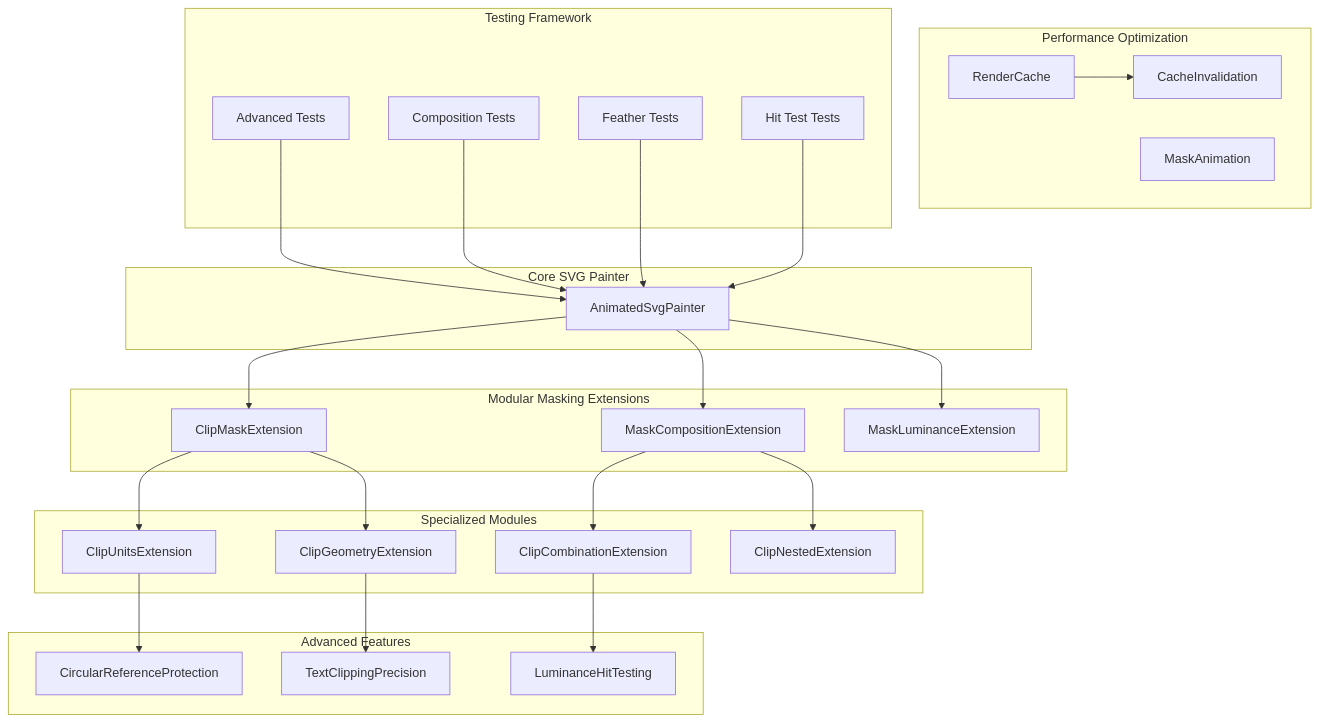
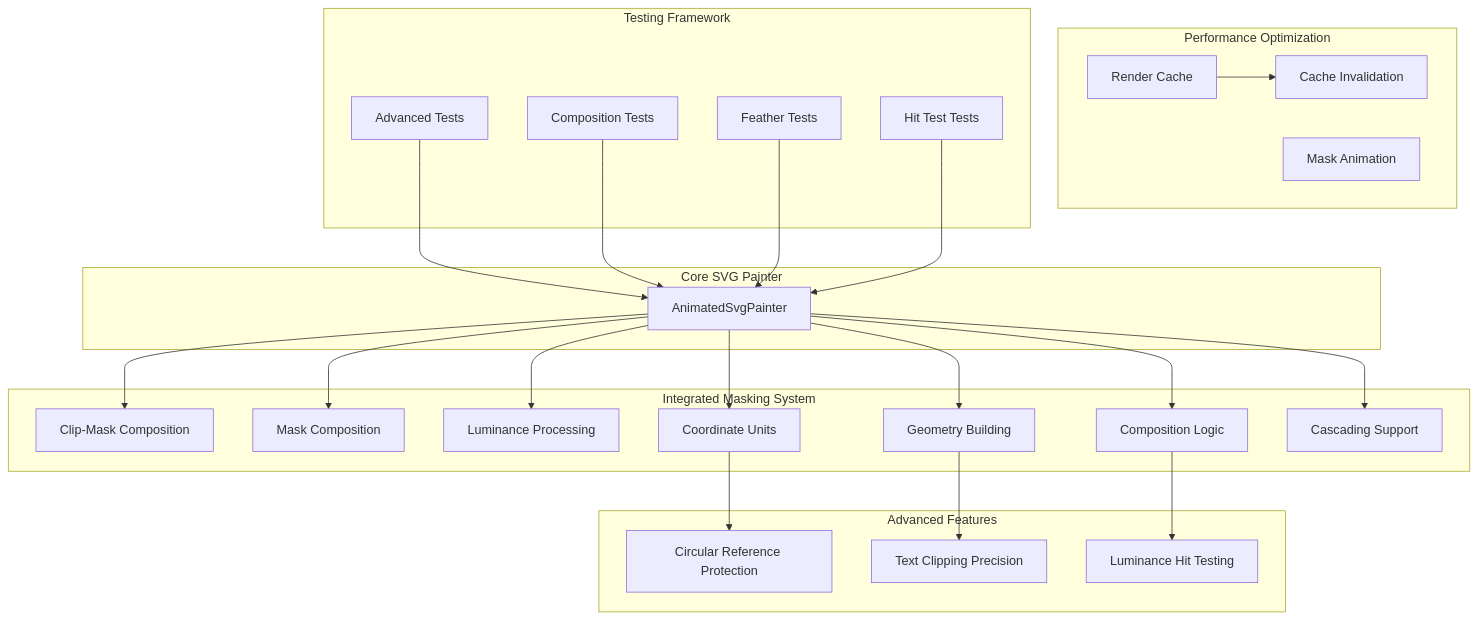
One commit to denisnadey/flutter_full_svg_support changed the first of 10 diagrams in .qoder/repowiki/en/content/Animated SVG Support/Advanced Animation Features/SVG Filters and Effects/Advanced Clipping and Masking System.md. Above: the diagram before and after it, drawn with Mermaid. The commit also changed other lines of this file and 498 other files, not shown here.

First line of the commit message:
refactor(animation): consolidate advanced SVG clipping and masking into unified system

````diff
--- a/.qoder/repowiki/en/content/Animated SVG Support/Advanced Animation Features/SVG Filters and Effects/Advanced Clipping and Masking System.md
+++ b/.qoder/repowiki/en/content/Animated SVG Support/Advanced Animation Features/SVG Filters and Effects/Advanced Clipping and Masking System.md
@@ -64,48 +65,46 @@
 ```mermaid
 graph TB
 subgraph "Core SVG Painter"
 AP[AnimatedSvgPainter]
 end
-subgraph "Modular Masking Extensions"
-CM[ClipMaskExtension]
-MC[MaskCompositionExtension]
-ML[MaskLuminanceExtension]
-end
-subgraph "Specialized Modules"
-CG[ClipGeometryExtension]
-CU[ClipUnitsExtension]
-CC[ClipCombinationExtension]
-CN[ClipNestedExtension]
+subgraph "Integrated Masking System"
+CM[Clip-Mask Composition]
+MC[Mask Composition]
+ML[Luminance Processing]
+CG[Geometry Building]
+CU[Coordinate Units]
+CC[Composition Logic]
+CN[Cascading Support]
 end
 subgraph "Advanced Features"
-CR[CircularReferenceProtection]
-TCP[TextClippingPrecision]
-LHT[LuminanceHitTesting]
+CR[Circular Reference Protection]
+TCP[Text Clipping Precision]
+LHT[Luminance Hit Testing]
 end
 subgraph "Performance Optimization"
-RC[RenderCache]
-MA[MaskAnimation]
-CF[CacheInvalidation]
+RC[Render Cache]
+MA[Mask Animation]
+CF[Cache Invalidation]
 end
 subgraph "Testing Framework"
 AT[Advanced Tests]
 CT[Composition Tests]
 FT[Feather Tests]
 HT[Hit Test Tests]
 end
 AP --> CM
 AP --> MC
 AP --> ML
-CM --> CG
-CM --> CU
-MC --> CC
-MC --> CN
+AP --> CG
+AP --> CU
+AP --> CC
+AP --> CN
 CG --> TCP
 CU --> CR
 CC --> LHT
 RC --> CF
 AT --> AP
 CT --> AP
 FT --> AP
 HT --> AP
 ```
````
